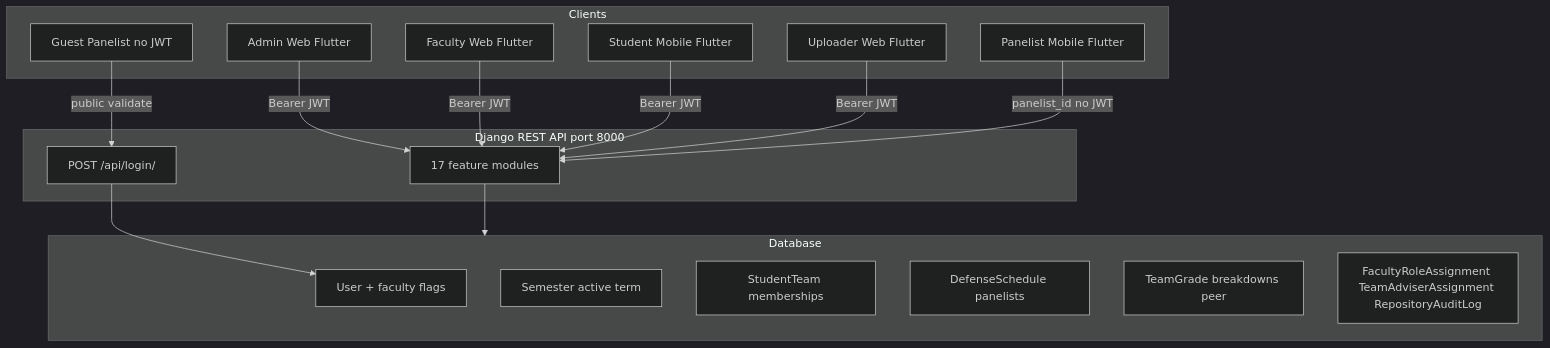
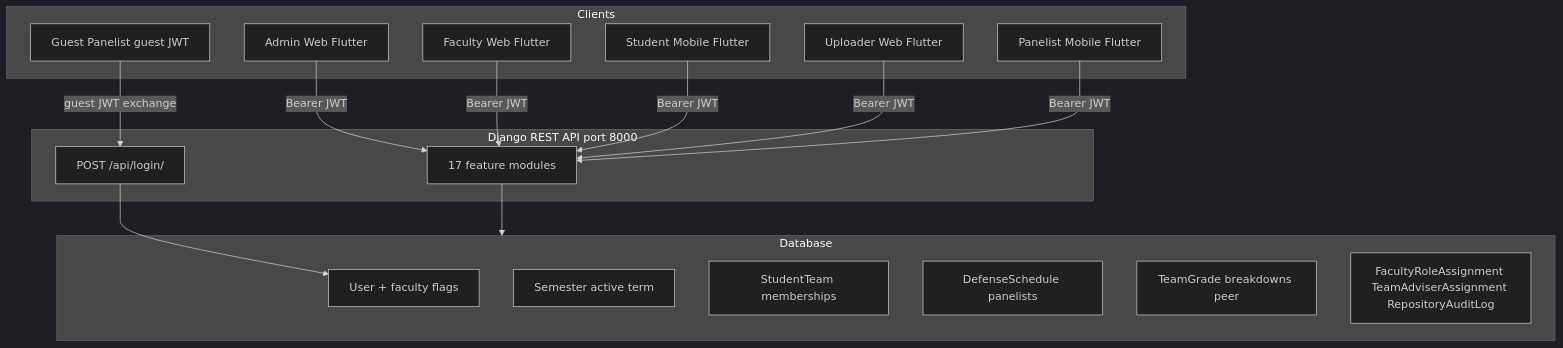
One commit to orgsite83-sketch/DefenSYS changed the first of 5 diagrams in docs/DEFENSYS_REAL_SYSTEM_FLOW.md. Above: the diagram before and after it, drawn with Mermaid (dark theme). The commit also changed other lines of this file and 234 other files, not shown here.

````diff
--- a/docs/DEFENSYS_REAL_SYSTEM_FLOW.md
+++ b/docs/DEFENSYS_REAL_SYSTEM_FLOW.md
@@ -27,34 +27,34 @@
 ```mermaid
 flowchart TB
   subgraph clients [Clients]
     AdminWeb[Admin Web Flutter]
     FacultyWeb[Faculty Web Flutter]
     StudentMobile[Student Mobile Flutter]
     PanelistMobile[Panelist Mobile Flutter]
-    GuestPanelist[Guest Panelist no JWT]
+    GuestPanelist[Guest Panelist guest JWT]
     UploaderWeb[Uploader Web Flutter]
   end
 
   subgraph api [Django REST API port 8000]
     Auth["POST /api/login/"]
     Modules[17 feature modules]
   end
 
   subgraph db [Database]
     UserTable[User + faculty flags]
     Semester[Semester active term]
     Teams[StudentTeam memberships]
     Schedules[DefenseSchedule panelists]
     Grades[TeamGrade breakdowns peer]
     Audit[FacultyRoleAssignment TeamAdviserAssignment RepositoryAuditLog]
   end
 
   AdminWeb -->|Bearer JWT| Modules
   FacultyWeb -->|Bearer JWT| Modules
   StudentMobile -->|Bearer JWT| Modules
   UploaderWeb -->|Bearer JWT| Modules
-  PanelistMobile -->|panelist_id no JWT| Modules
-  GuestPanelist -->|public validate| Auth
+  PanelistMobile -->|Bearer JWT| Modules
+  GuestPanelist -->|guest JWT exchange| Auth
   Auth --> UserTable
   Modules --> db
 ```
````
